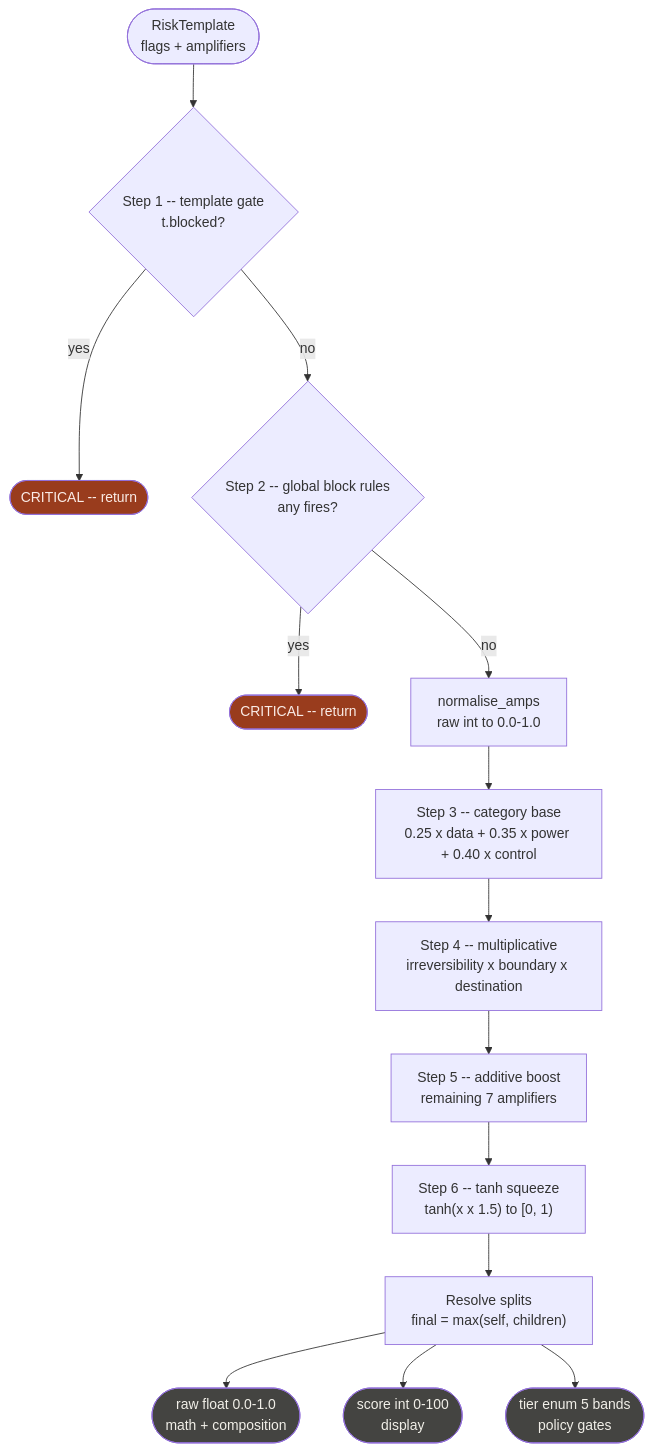
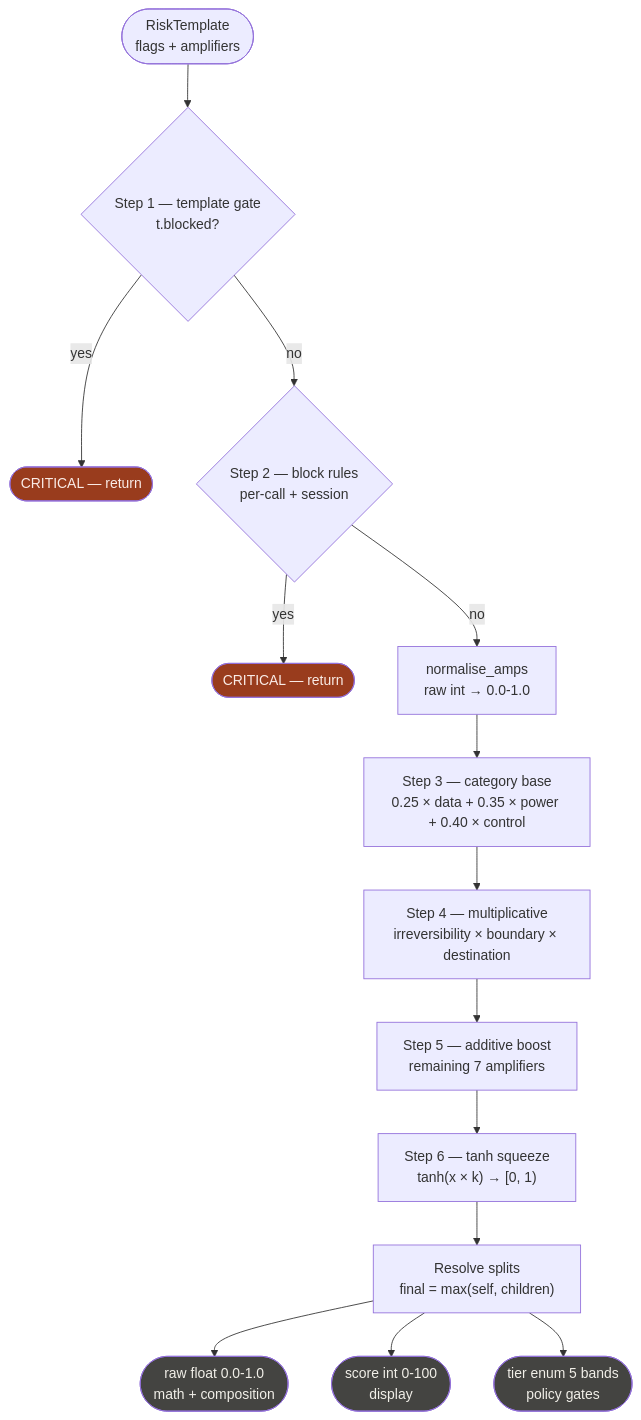
The second of 3 diagrams in docs/permit.md (permit0-ai/permit0), drawn with Mermaid before and after one commit. The commit also changed other lines of this file and 156 other files, not shown here.

````diff
--- a/docs/permit.md
+++ b/docs/permit.md
@@ -729,28 +544,28 @@
 ```mermaid
 flowchart TD
     IN(["RiskTemplate<br/>flags + amplifiers"]) --> S1
 
-    S1{"Step 1 -- template gate<br/>t.blocked?"}
-    S1 -->|yes| CRIT1([CRITICAL -- return])
+    S1{"Step 1 — template gate<br/>t.blocked?"}
+    S1 -->|yes| CRIT1([CRITICAL — return])
     S1 -->|no| S2
 
-    S2{"Step 2 -- global block rules<br/>any fires?"}
-    S2 -->|yes| CRIT2([CRITICAL -- return])
-    S2 -->|no| NORM["normalise_amps<br/>raw int to 0.0-1.0"]
+    S2{"Step 2 — block rules<br/>per-call + session"}
+    S2 -->|yes| CRIT2([CRITICAL — return])
+    S2 -->|no| NORM["normalise_amps<br/>raw int → 0.0-1.0"]
 
-    NORM --> S3["Step 3 -- category base<br/>0.25 x data + 0.35 x power + 0.40 x control"]
-    S3   --> S4["Step 4 -- multiplicative<br/>irreversibility x boundary x destination"]
-    S4   --> S5["Step 5 -- additive boost<br/>remaining 7 amplifiers"]
-    S5   --> S6["Step 6 -- tanh squeeze<br/>tanh(x x 1.5) to [0, 1)"]
+    NORM --> S3["Step 3 — category base<br/>0.25 × data + 0.35 × power + 0.40 × control"]
+    S3   --> S4["Step 4 — multiplicative<br/>irreversibility × boundary × destination"]
+    S4   --> S5["Step 5 — additive boost<br/>remaining 7 amplifiers"]
+    S5   --> S6["Step 6 — tanh squeeze<br/>tanh(x × k) → [0, 1)"]
     S6   --> SPL["Resolve splits<br/>final = max(self, children)"]
 
     SPL --> R1(["raw  float  0.0-1.0<br/>math + composition"])
     SPL --> R2(["score  int  0-100<br/>display"])
     SPL --> R3(["tier  enum  5 bands<br/>policy gates"])
 
     style CRIT1 fill:#993C1D,color:#FAECE7
     style CRIT2 fill:#993C1D,color:#FAECE7
     style R1 fill:#444441,color:#F1EFE8
     style R2 fill:#444441,color:#F1EFE8
     style R3 fill:#444441,color:#F1EFE8
 ```
````
